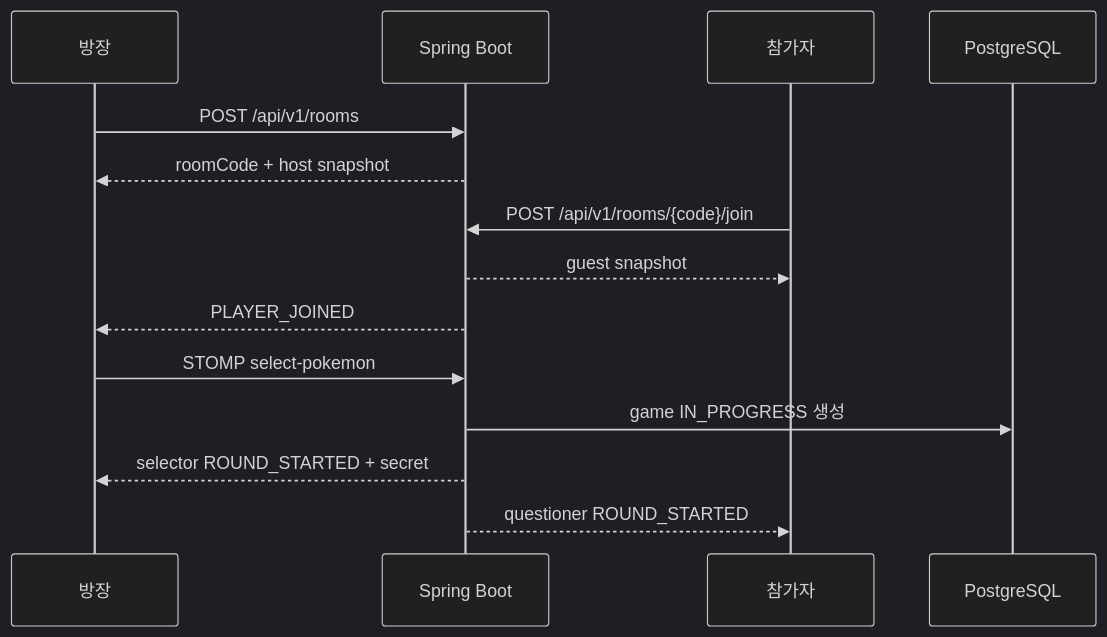
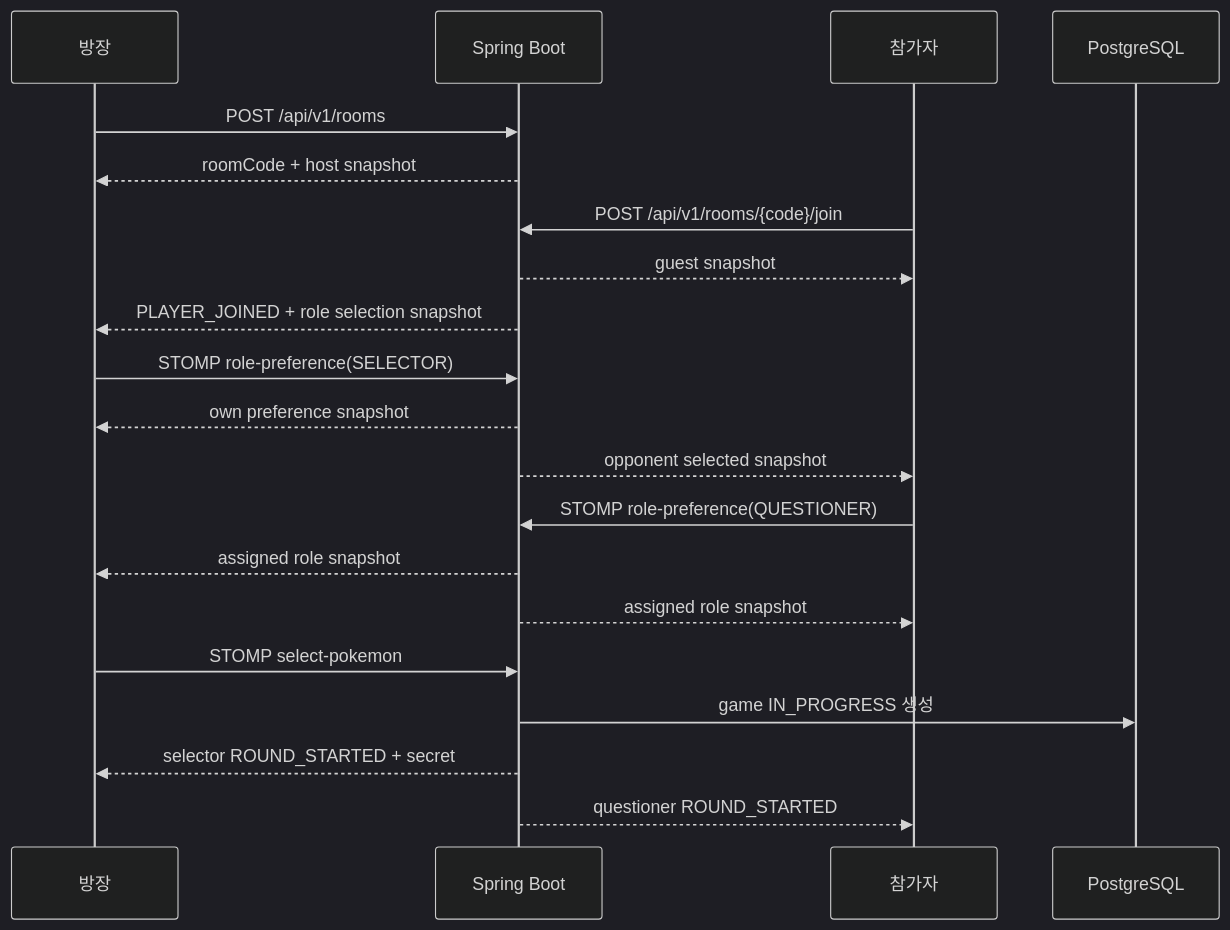
Before and after one commit to xxh3898/guess-pokemon: the second of 2 diagrams in docs/ARCHITECTURE.md, drawn with Mermaid (dark theme). The commit also changed other lines of this file and 40 other files, not shown here.

````diff
--- a/docs/ARCHITECTURE.md
+++ b/docs/ARCHITECTURE.md
@@ -313,17 +322,23 @@
 ```mermaid
 sequenceDiagram
     participant H as 방장
     participant API as Spring Boot
     participant G as 참가자
     participant DB as PostgreSQL
 
     H->>API: POST /api/v1/rooms
     API-->>H: roomCode + host snapshot
     G->>API: POST /api/v1/rooms/{code}/join
     API-->>G: guest snapshot
-    API-->>H: PLAYER_JOINED
+    API-->>H: PLAYER_JOINED + role selection snapshot
+    H->>API: STOMP role-preference(SELECTOR)
+    API-->>H: own preference snapshot
+    API-->>G: opponent selected snapshot
+    G->>API: STOMP role-preference(QUESTIONER)
+    API-->>H: assigned role snapshot
+    API-->>G: assigned role snapshot
     H->>API: STOMP select-pokemon
     API->>DB: game IN_PROGRESS 생성
     API-->>H: selector ROUND_STARTED + secret
     API-->>G: questioner ROUND_STARTED
 ```
````
